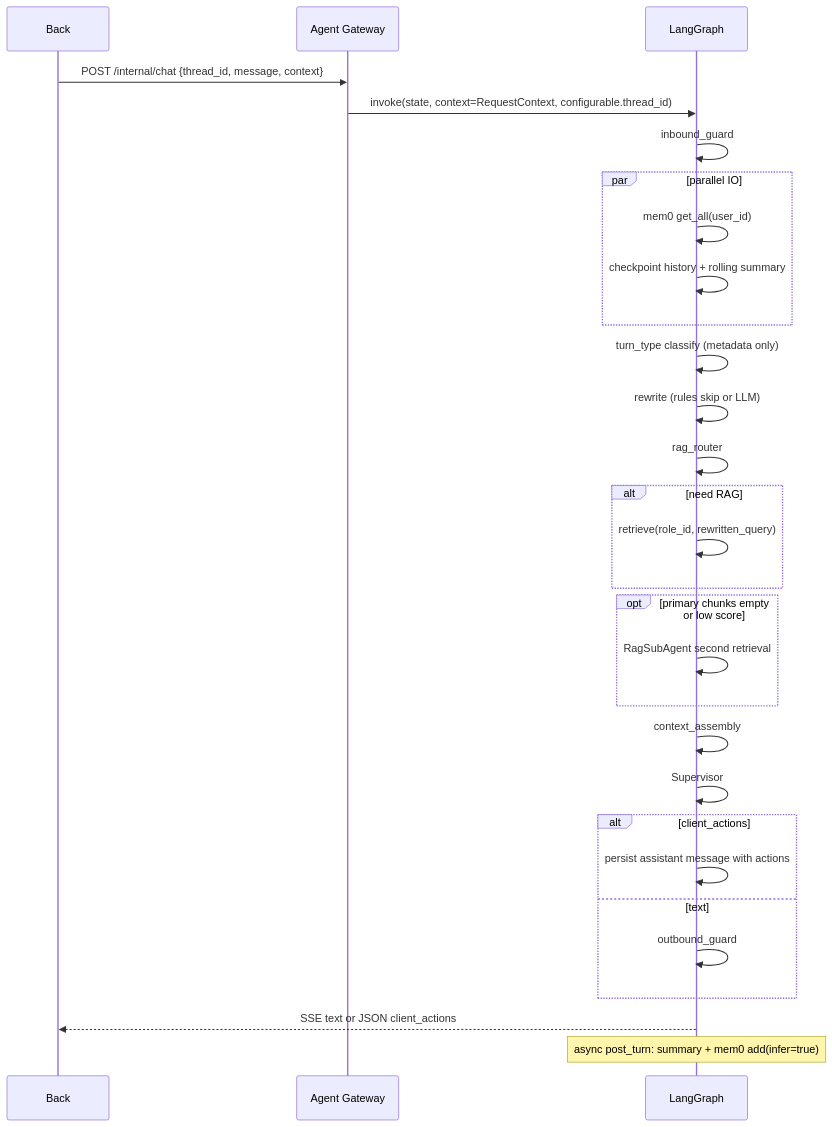
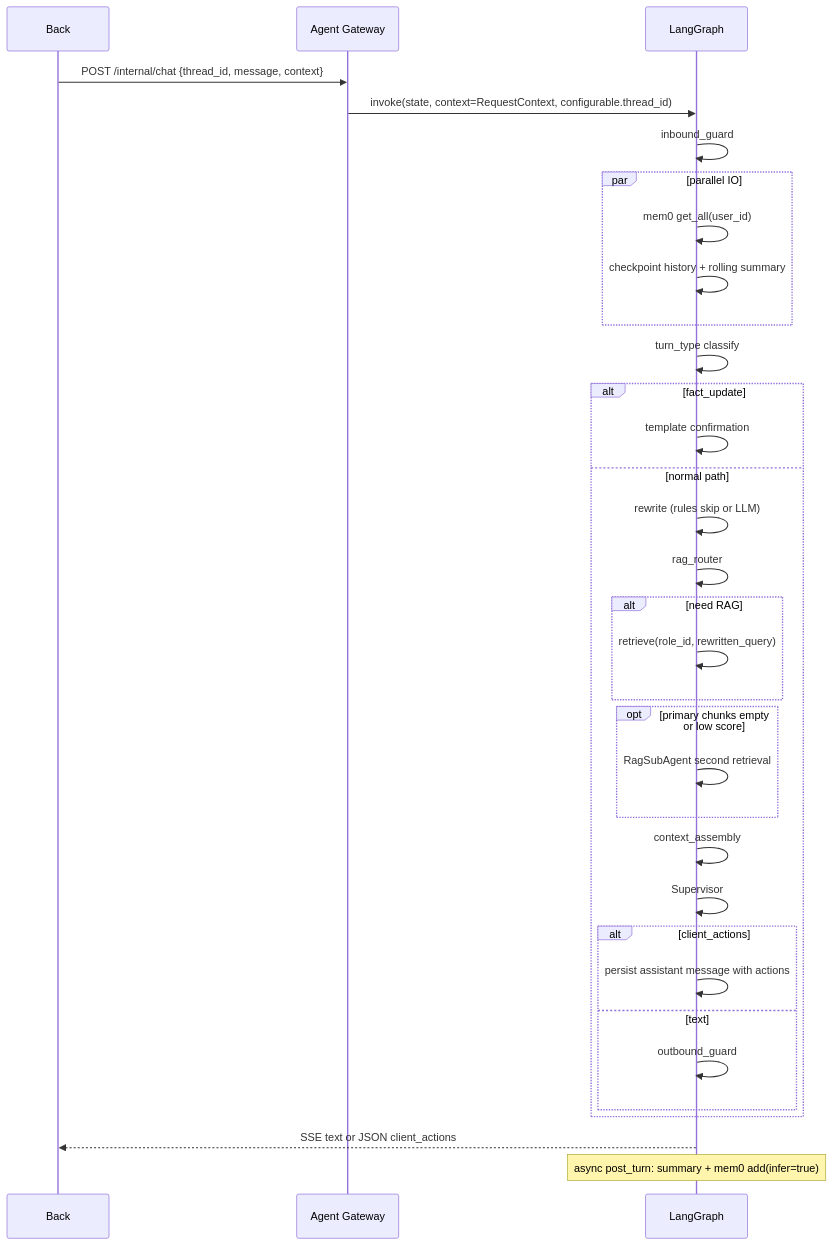
The diagram in README.md (lrxCn/commonAgent), drawn with Mermaid before and after one commit. The commit also changed other lines of this file and 9 other files, not shown here.

````diff
--- a/README.md
+++ b/README.md
@@ -197,32 +197,36 @@
 ```mermaid
 sequenceDiagram
   participant Back
   participant GW as Agent Gateway
   participant G as LangGraph
 
   Back->>GW: POST /internal/chat {thread_id, message, context}
   GW->>G: invoke(state, context=RequestContext, configurable.thread_id)
   G->>G: inbound_guard
   par parallel IO
     G->>G: mem0 get_all(user_id)
     G->>G: checkpoint history + rolling summary
   end
-  G->>G: turn_type classify (metadata only)
-  G->>G: rewrite (rules skip or LLM)
-  G->>G: rag_router
-  alt need RAG
-    G->>G: retrieve(role_id, rewritten_query)
-  end
-  opt primary chunks empty or low score
-    G->>G: RagSubAgent second retrieval
-  end
-  G->>G: context_assembly
-  G->>G: Supervisor
-  alt client_actions
-    G->>G: persist assistant message with actions
-  else text
-    G->>G: outbound_guard
+  G->>G: turn_type classify
+  alt fact_update
+    G->>G: template confirmation
+  else normal path
+    G->>G: rewrite (rules skip or LLM)
+    G->>G: rag_router
+    alt need RAG
+      G->>G: retrieve(role_id, rewritten_query)
+    end
+    opt primary chunks empty or low score
+      G->>G: RagSubAgent second retrieval
+    end
+    G->>G: context_assembly
+    G->>G: Supervisor
+    alt client_actions
+      G->>G: persist assistant message with actions
+    else text
+      G->>G: outbound_guard
+    end
   end
   G-->>Back: SSE text or JSON client_actions
   Note over G: async post_turn: summary + mem0 add(infer=true)
 ```
````
